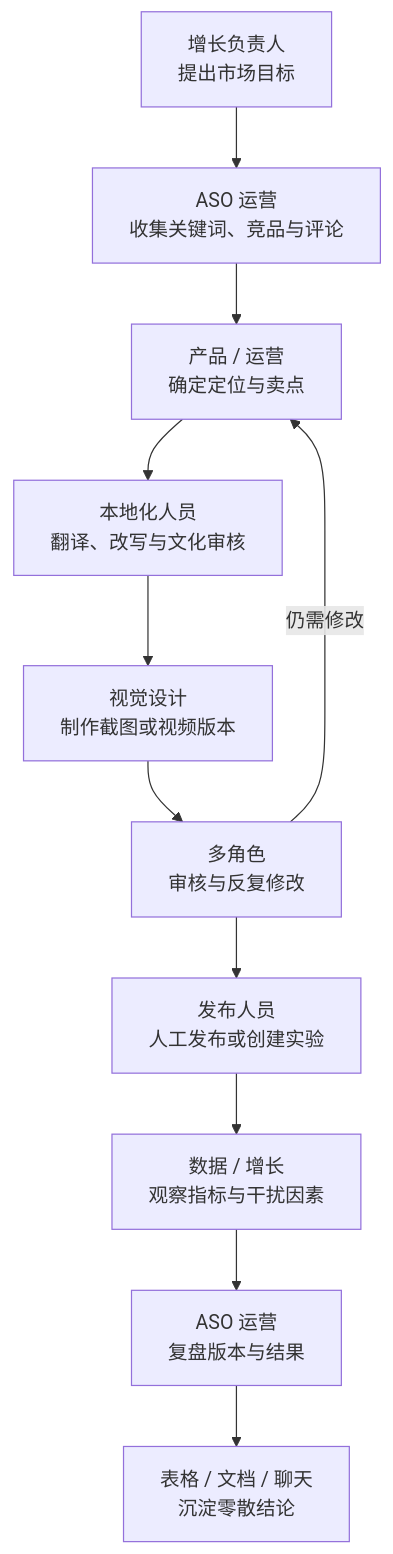
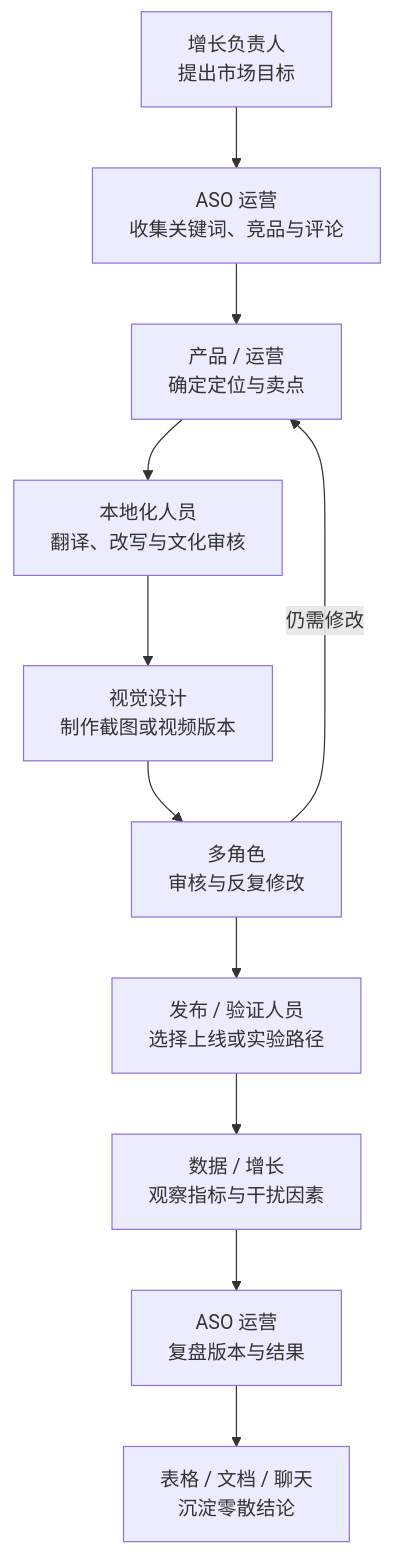
One commit to linkaka970105/ai-pm-adops-copilot changed the fourth of 10 diagrams in 03_prd/global_aso_localization_agent_prd_v2/全球_ASO_与本地化增长_Agent_PRD_v2.md. Above: the diagram before and after it, drawn with Mermaid. The commit also changed other lines of this file and 1 other file, not shown here.

````diff
--- a/03_prd/global_aso_localization_agent_prd_v2/全球_ASO_与本地化增长_Agent_PRD_v2.md
+++ b/03_prd/global_aso_localization_agent_prd_v2/全球_ASO_与本地化增长_Agent_PRD_v2.md
@@ -331,16 +311,16 @@
 ```mermaid
 flowchart TB
     A["增长负责人<br/>提出市场目标"]
     B["ASO 运营<br/>收集关键词、竞品与评论"]
     C["产品 / 运营<br/>确定定位与卖点"]
     D["本地化人员<br/>翻译、改写与文化审核"]
     E["视觉设计<br/>制作截图或视频版本"]
     F["多角色<br/>审核与反复修改"]
-    G["发布人员<br/>人工发布或创建实验"]
+    G["发布 / 验证人员<br/>选择上线或实验路径"]
     H["数据 / 增长<br/>观察指标与干扰因素"]
     I["ASO 运营<br/>复盘版本与结果"]
     J["表格 / 文档 / 聊天<br/>沉淀零散结论"]
 
     A --> B --> C --> D --> E --> F --> G --> H --> I --> J
     F -->|仍需修改| C
 ```
````
